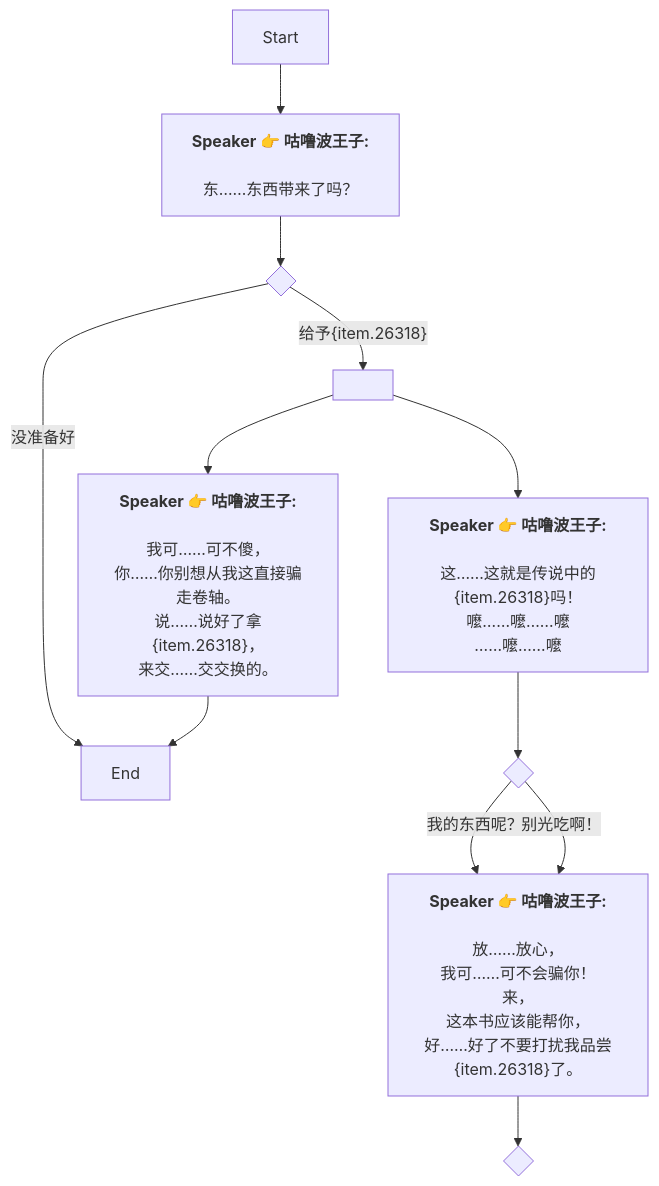
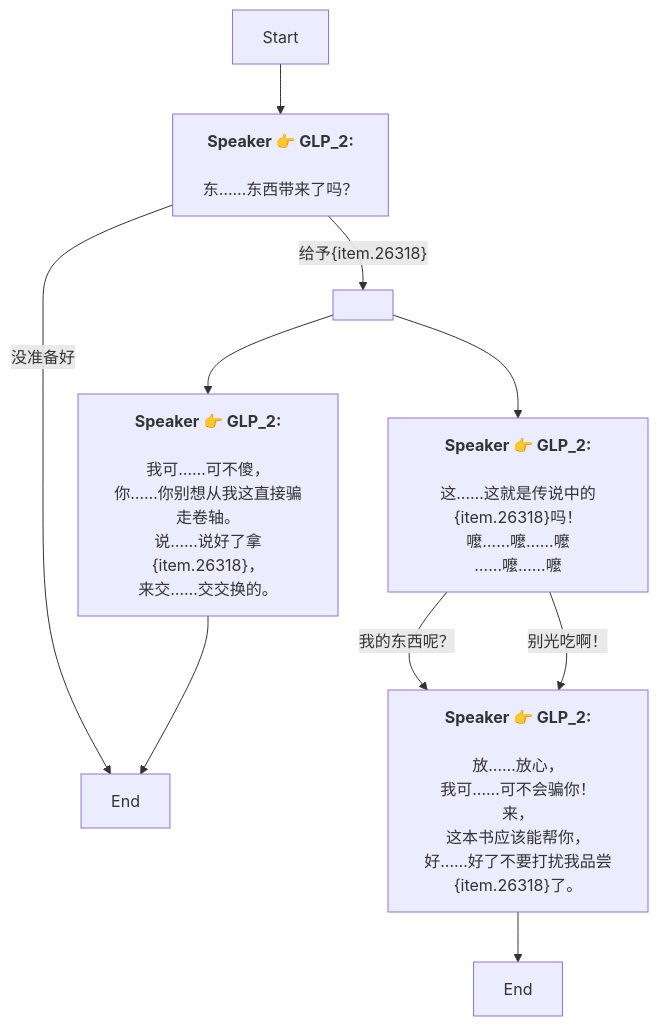
The diagram in Zh/QuestNPCDeliveryENode_1762067301250833.md (SoftHu/tos_avg), drawn with Mermaid before and after one commit. The commit also changed 737 other files, not shown here.

````diff
--- a/Zh/QuestNPCDeliveryENode_1762067301250833.md
+++ b/Zh/QuestNPCDeliveryENode_1762067301250833.md
@@ -1,38 +1,27 @@
 ```mermaid
 graph
-Start -->1762069650172705[<b>Speaker 👉 咕噜波王子:</b>
-
-东……东西带来了吗？]
-1762069650172705 -->1762069669422882{ }
-1762069669422882 -->|给予&lbrace;item.26318&rbrace;|1762068673981213[ ]
-1762069669422882 -->|没准备好|1762068838364960[End]
-1762068673981213 -->1762067883431701[<b>Speaker 👉 咕噜波王子:</b>
-
-这……这就是传说中的&lbrace;item.26318&rbrace;吗！
-嚒……嚒……嚒
+Start -->1762069650172705[<b>Speaker 👉 GLP_2:</b>
+\n东……东西带来了吗？]
+1762069650172705 -->|给予&lbrace;item.26318&rbrace;|1762068673981213[ ]
+1762069650172705 -->|没准备好|1762068838364960[End]
+1762068673981213 -->1762067883431701[<b>Speaker 👉 GLP_2:</b>
+\n这……这就是传说中的&lbrace;item.26318&rbrace;吗！\n嚒……嚒……嚒
 ……嚒……嚒]
-1762068673981213 -->1762068724088607[<b>Speaker 👉 咕噜波王子:</b>
-
-我可……可不傻，
-你……你别想从我这直接骗走卷轴。
-说……说好了拿&lbrace;item.26318&rbrace;，
+1762068673981213 -->1762068724088607[<b>Speaker 👉 GLP_2:</b>
+\n我可……可不傻，
+你……你别想从我这直接骗走卷轴。\n说……说好了拿&lbrace;item.26318&rbrace;，
 来交……交交换的。]
-1762067883431701 -->1762068107130646{ }
-1762068107130646 -->|我的东西呢？|1762068295738139[<b>Speaker 👉 咕噜波王子:</b>
-
-放……放心，
-我可……可不会骗你！
-来，
+1762067883431701 -->|我的东西呢？|1762068295738139[<b>Speaker 👉 GLP_2:</b>
+\n放……放心，
+我可……可不会骗你！\n来，
 这本书应该能帮你，
 好……好了不要打扰我品尝&lbrace;item.26318&rbrace;了。]
-1762068107130646 -->|别光吃啊！|1762068295738139[<b>Speaker 👉 咕噜波王子:</b>
-
-放……放心，
-我可……可不会骗你！
-来，
+1762067883431701 -->|别光吃啊！|1762068295738139[<b>Speaker 👉 GLP_2:</b>
+\n放……放心，
+我可……可不会骗你！\n来，
 这本书应该能帮你，
 好……好了不要打扰我品尝&lbrace;item.26318&rbrace;了。]
-1762068295738139 -->1766837743219565{ }
+1762068295738139 -->1762068710496030[End]
 1762068724088607 -->1762068838364960[End]
 
- ```
+```
````
